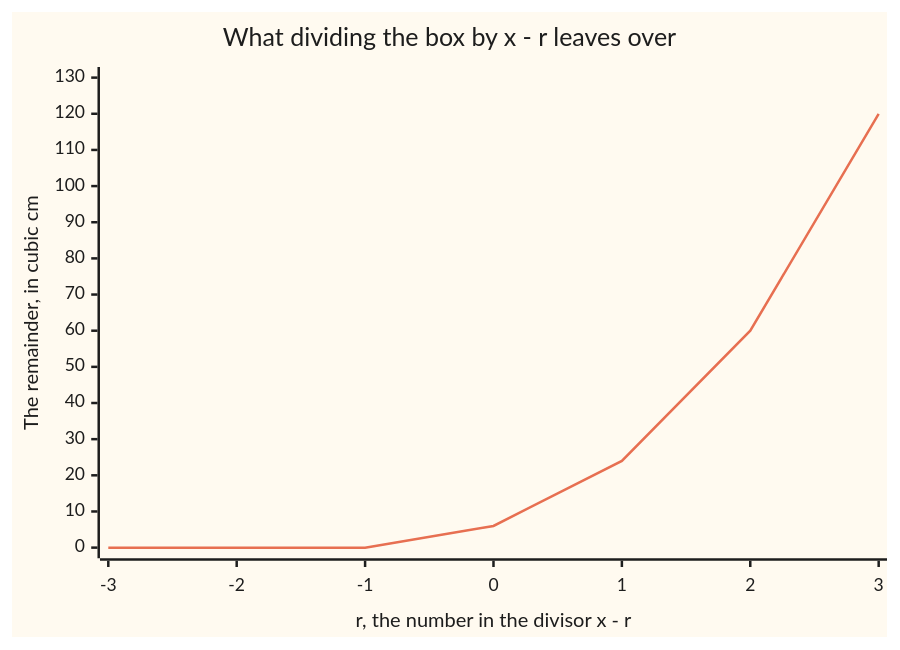
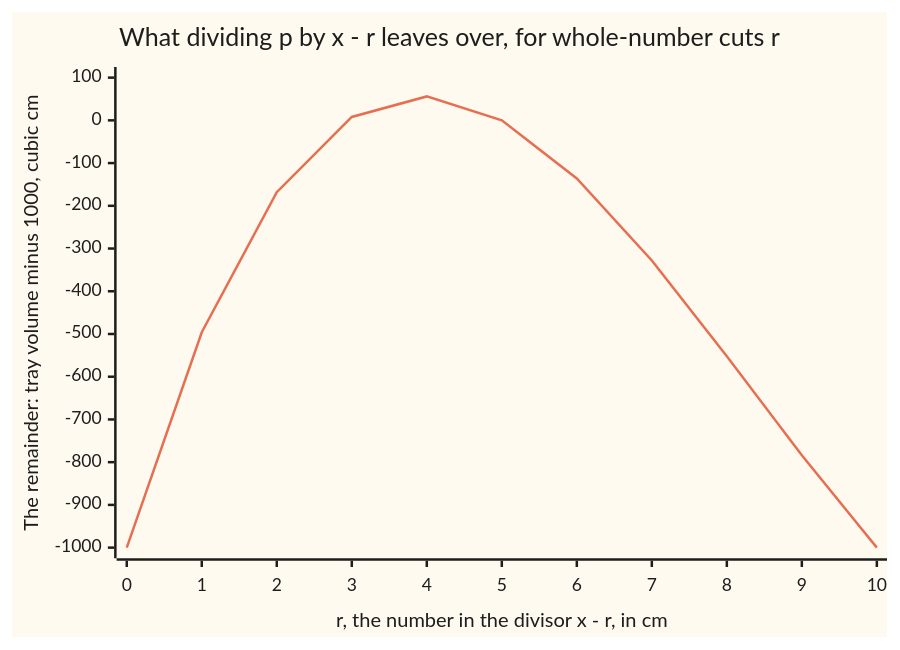
One commit to wappy-x/Mathematics changed the second of 2 diagrams in Cards/03-Algebra/02-Polynomials/04-polynomial-division.md. Above: the diagram before and after it, drawn with Mermaid. The commit also changed other lines of this file and 14 other files, not shown here.

Commit message:
Algebra, Polynomials: folded-tray division example, flowchart and quadratic-formula fixes, next-card hand-offs

````diff
--- a/Cards/03-Algebra/02-Polynomials/04-polynomial-division.md
+++ b/Cards/03-Algebra/02-Polynomials/04-polynomial-division.md
@@ -116,8 +120,8 @@
 ```mermaid
 %%{init: {"theme": "base", "themeVariables": {"xyChart": {"backgroundColor": "#fffaf0", "titleColor": "#1d1d1d", "xAxisLabelColor": "#1d1d1d", "xAxisTitleColor": "#1d1d1d", "xAxisTickColor": "#1d1d1d", "xAxisLineColor": "#1d1d1d", "yAxisLabelColor": "#1d1d1d", "yAxisTitleColor": "#1d1d1d", "yAxisTickColor": "#1d1d1d", "yAxisLineColor": "#1d1d1d", "plotColorPalette": "#e76f51, #2a9d8f, #264653"}}}}%%
 xychart-beta
-    title "What dividing the box by x - r leaves over"
-    x-axis "r, the number in the divisor x - r" [-3, -2, -1, 0, 1, 2, 3]
-    y-axis "The remainder, in cubic cm" 0 --> 130
-    line [0, 0, 0, 6, 24, 60, 120]
+    title "What dividing p by x - r leaves over, for whole-number cuts r"
+    x-axis "r, the number in the divisor x - r, in cm" [0, 1, 2, 3, 4, 5, 6, 7, 8, 9, 10]
+    y-axis "The remainder: tray volume minus 1000, cubic cm" -1000 --> 100
+    line [-1000, -496, -168, 8, 56, 0, -136, -328, -552, -784, -1000]
 ```
````
